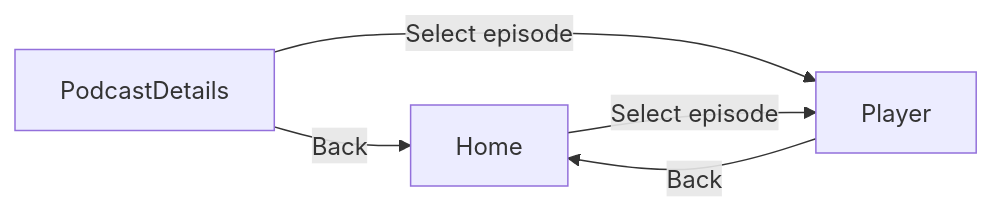
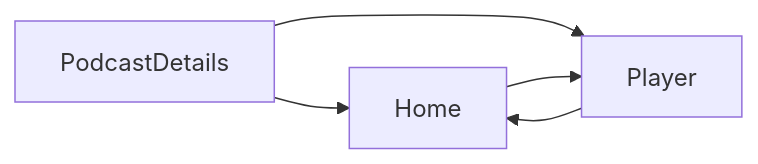
Before and after one commit to JetBrains/kotlin-multiplatform-dev-docs: the second of 2 diagrams in topics/migrate-from-android.md, drawn with Mermaid. The commit also changed other lines of this file, not shown here.

````diff
--- a/topics/migrate-from-android.md
+++ b/topics/migrate-from-android.md
@@ -335,44 +329,44 @@
 ```mermaid
 ---
 config:
   labelBackground: '#ded'
 ---
 flowchart LR
   %% Nodes (plain labels, no quotes/parentheses/braces)
   %% Start[Start]
   Home[Home]
   Player[Player]
   PodcastDetailsRoute[PodcastDetails]
   %% DeepLinkEpisodes[Deep link to player]
   %% DeepLinkPodcasts[Deep link to podcast]
 
   %% Home’s supporting pane represented as a subgraph
   %% subgraph HomeSupportingPane
     %% direction LR
     %% HomeMain[Home main content]
     %% PodcastDetailsPane[PodcastDetails in supporting pane]
   %% end
 
   %% Start and primary navigation
   %% Start --> Home
 
   %% Home main actions
-  Home -->|Select episode| Player
+  Home --> Player
   %% Home -->|Select podcast| PodcastDetailsPane
 
   %% From PodcastDetails (supporting pane) actions
-  %% PodcastDetailsPane -->|Select episode| Player
-  %% PodcastDetailsPane -->|Back| Home
+  %% PodcastDetailsPane --> Player
+  %% PodcastDetailsPane --> Home
 
   %% Standalone routes (deep links)
   %% DeepLinkEpisodes --> Player
   %% DeepLinkPodcasts --> PodcastDetailsRoute
 
   %% From standalone PodcastDetails route
-  PodcastDetailsRoute -->|Select episode| Player
-  PodcastDetailsRoute -->|Back| Home
+  PodcastDetailsRoute --> Player
+  PodcastDetailsRoute --> Home
 
   %% Back behavior from Player (returns to previous context)
-  Player -->|Back| Home
+  Player --> Home
   %% Player -->|Back| PodcastDetailsPane
 ```
````
